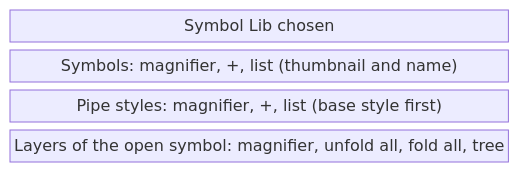
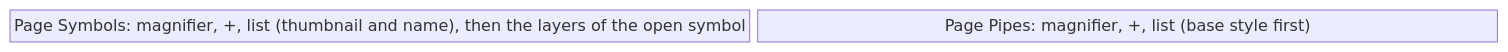
The second of 3 diagrams in symbols/01-libraries-and-symbols.md (AlexandreGallais/synoptic-studio-spec), drawn with Mermaid before and after one commit. The commit also changed other lines of this file and 14 other files, not shown here.

First line of the commit message:
docs(spec): move symbol lib pages to the bar and fix faceplate write modes

````diff
--- a/symbols/01-libraries-and-symbols.md
+++ b/symbols/01-libraries-and-symbols.md
@@ -56,8 +60,6 @@
 ```mermaid
 block-beta
-    columns 1
-    lib["Symbol Lib chosen"]
-    sym["Symbols: magnifier, +, list (thumbnail and name)"]
-    pip["Pipe styles: magnifier, +, list (base style first)"]
-    lay["Layers of the open symbol: magnifier, unfold all, fold all, tree"]
+    columns 2
+    sym["Page Symbols: magnifier, +, list (thumbnail and name), then the layers of the open symbol"]
+    pip["Page Pipes: magnifier, +, list (base style first)"]
 ```
````
